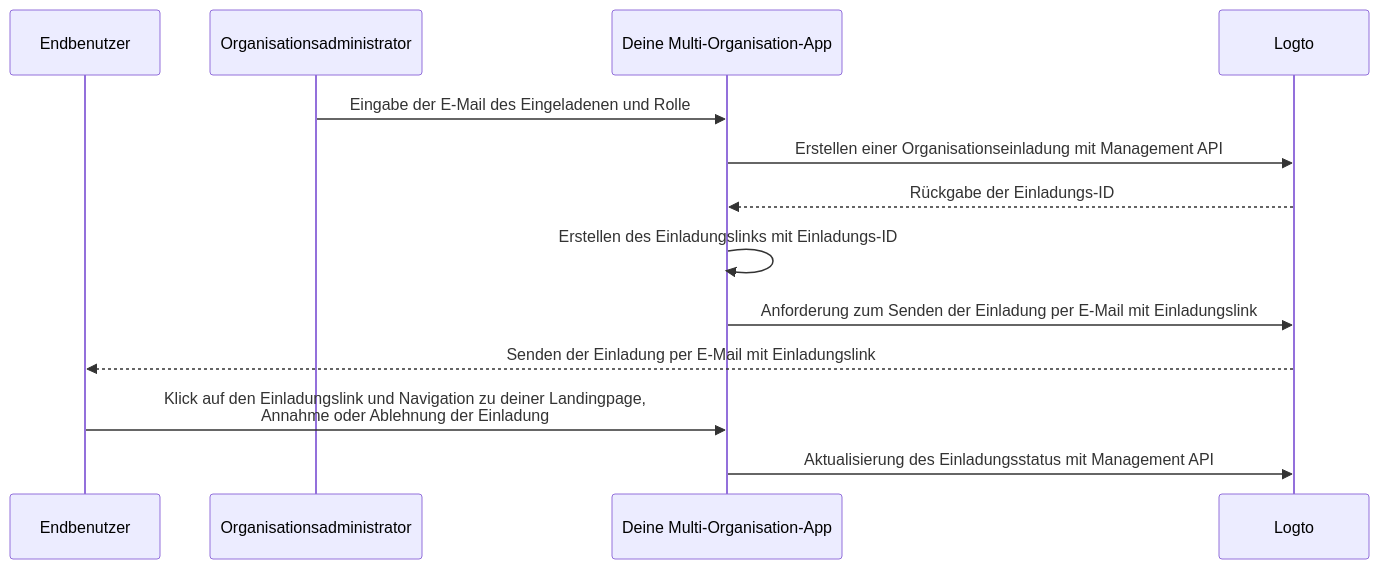
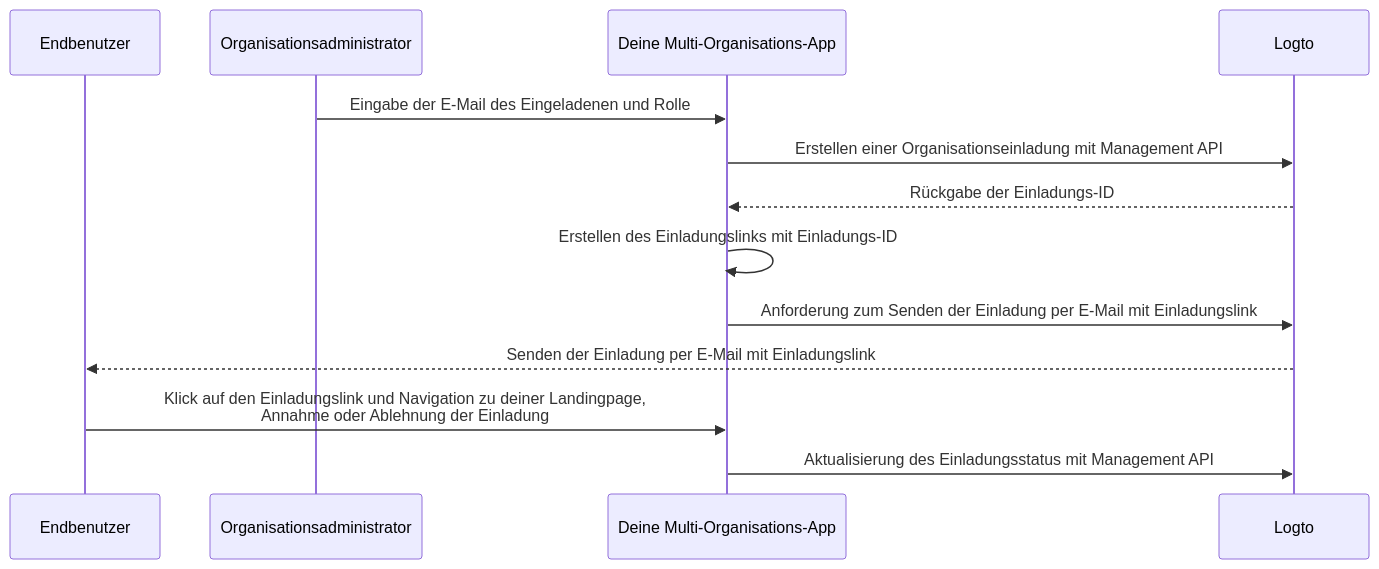
One commit to logto-io/docs changed the diagram in i18n/de/docusaurus-plugin-content-docs/current/end-user-flows/organization-experience/invite-organization-members.mdx. Above: the diagram before and after it, drawn with Mermaid. The commit also changed other lines of this file and 428 other files, not shown here.

````diff
--- a/i18n/de/docusaurus-plugin-content-docs/current/end-user-flows/organization-experience/invite-organization-members.mdx
+++ b/i18n/de/docusaurus-plugin-content-docs/current/end-user-flows/organization-experience/invite-organization-members.mdx
@@ -13,16 +13,16 @@
 ```mermaid
 sequenceDiagram
 	Participant U as Endbenutzer
   Participant A as Organisationsadministrator
-  Participant C as Deine Multi-Organisation-App
+  Participant C as Deine Multi-Organisations-App
 	Participant L as Logto
 
   A ->> C: Eingabe der E-Mail des Eingeladenen und Rolle
   C ->> L: Erstellen einer Organisationseinladung mit Management API
   L -->> C: Rückgabe der Einladungs-ID
   C ->> C: Erstellen des Einladungslinks mit Einladungs-ID
   C ->> L: Anforderung zum Senden der Einladung per E-Mail mit Einladungslink
   L -->> U: Senden der Einladung per E-Mail mit Einladungslink
   U ->> C: Klick auf den Einladungslink und Navigation zu deiner Landingpage,<br /> Annahme oder Ablehnung der Einladung
   C ->> L: Aktualisierung des Einladungsstatus mit Management API
 ```
````
